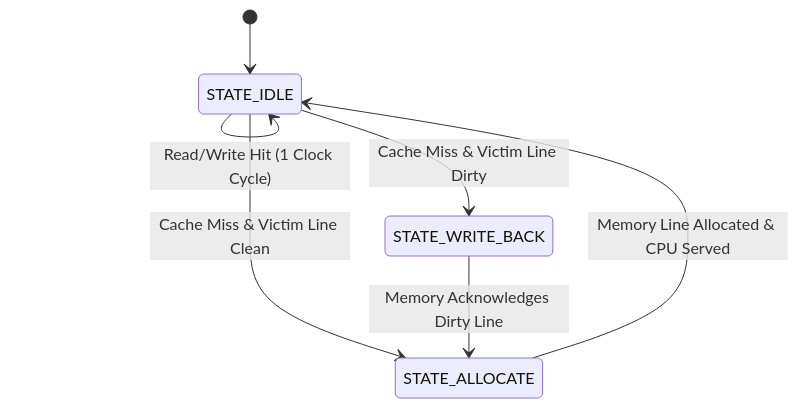
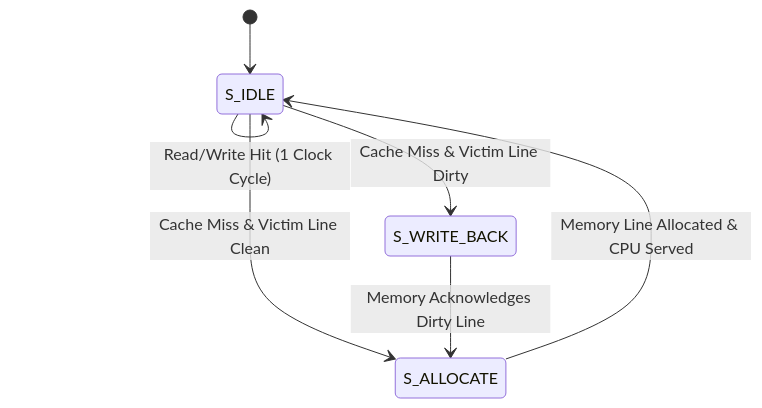
The diagram in README.md (bryanherdianto/l1-cache-controller), drawn with Mermaid before and after one commit. The commit also changed 11 other files, not shown here.

````diff
--- a/README.md
+++ b/README.md
@@ -39,11 +39,11 @@
 ```mermaid
 stateDiagram-v2
-    [*] --> STATE_IDLE
+    [*] --> S_IDLE
     
-    STATE_IDLE --> STATE_IDLE: Read/Write Hit (1 Clock Cycle)
-    STATE_IDLE --> STATE_WRITE_BACK: Cache Miss & Victim Line Dirty
-    STATE_IDLE --> STATE_ALLOCATE: Cache Miss & Victim Line Clean
+    S_IDLE --> S_IDLE: Read/Write Hit (1 Clock Cycle)
+    S_IDLE --> S_WRITE_BACK: Cache Miss & Victim Line Dirty
+    S_IDLE --> S_ALLOCATE: Cache Miss & Victim Line Clean
 
-    STATE_WRITE_BACK --> STATE_ALLOCATE: Memory Acknowledges Dirty Line
-    STATE_ALLOCATE --> STATE_IDLE: Memory Line Allocated & CPU Served
+    S_WRITE_BACK --> S_ALLOCATE: Memory Acknowledges Dirty Line
+    S_ALLOCATE --> S_IDLE: Memory Line Allocated & CPU Served
 ```
````
